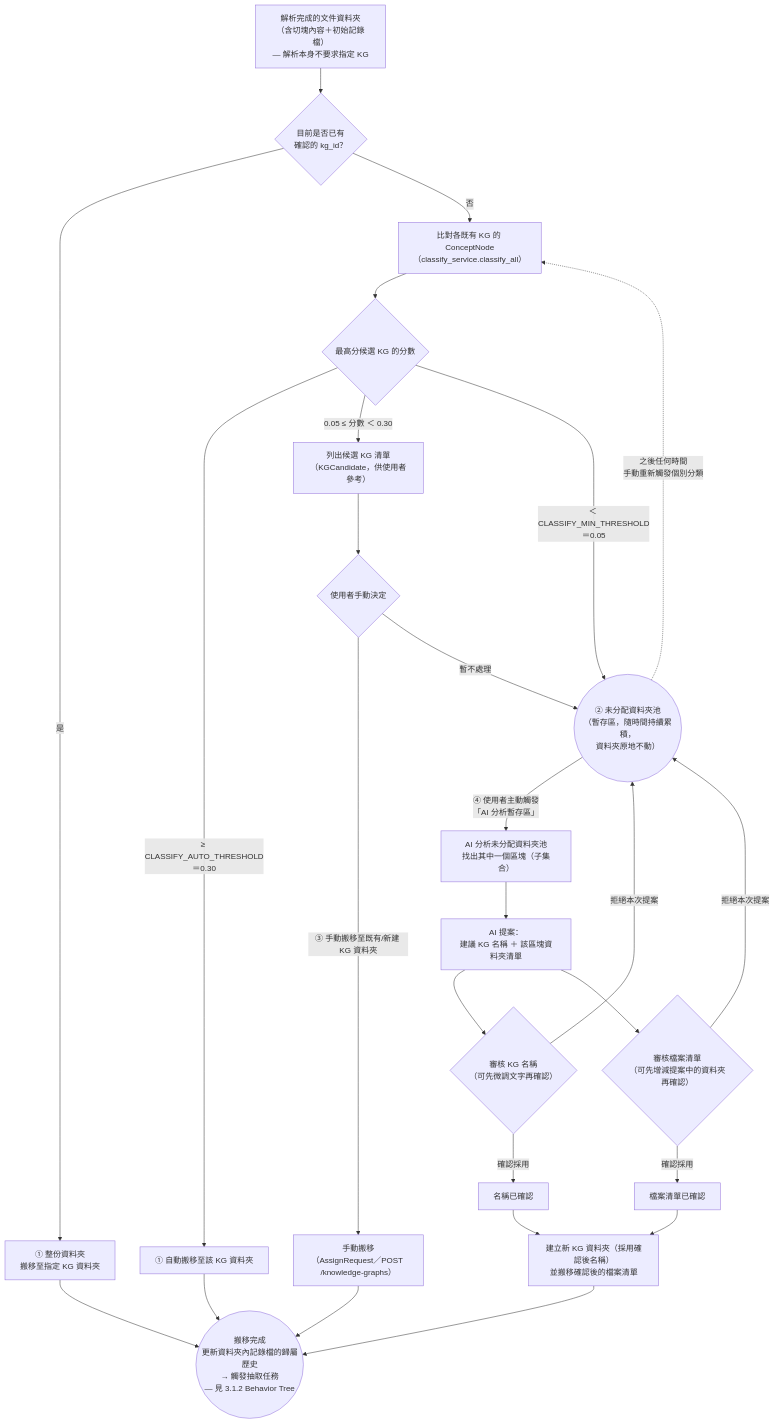
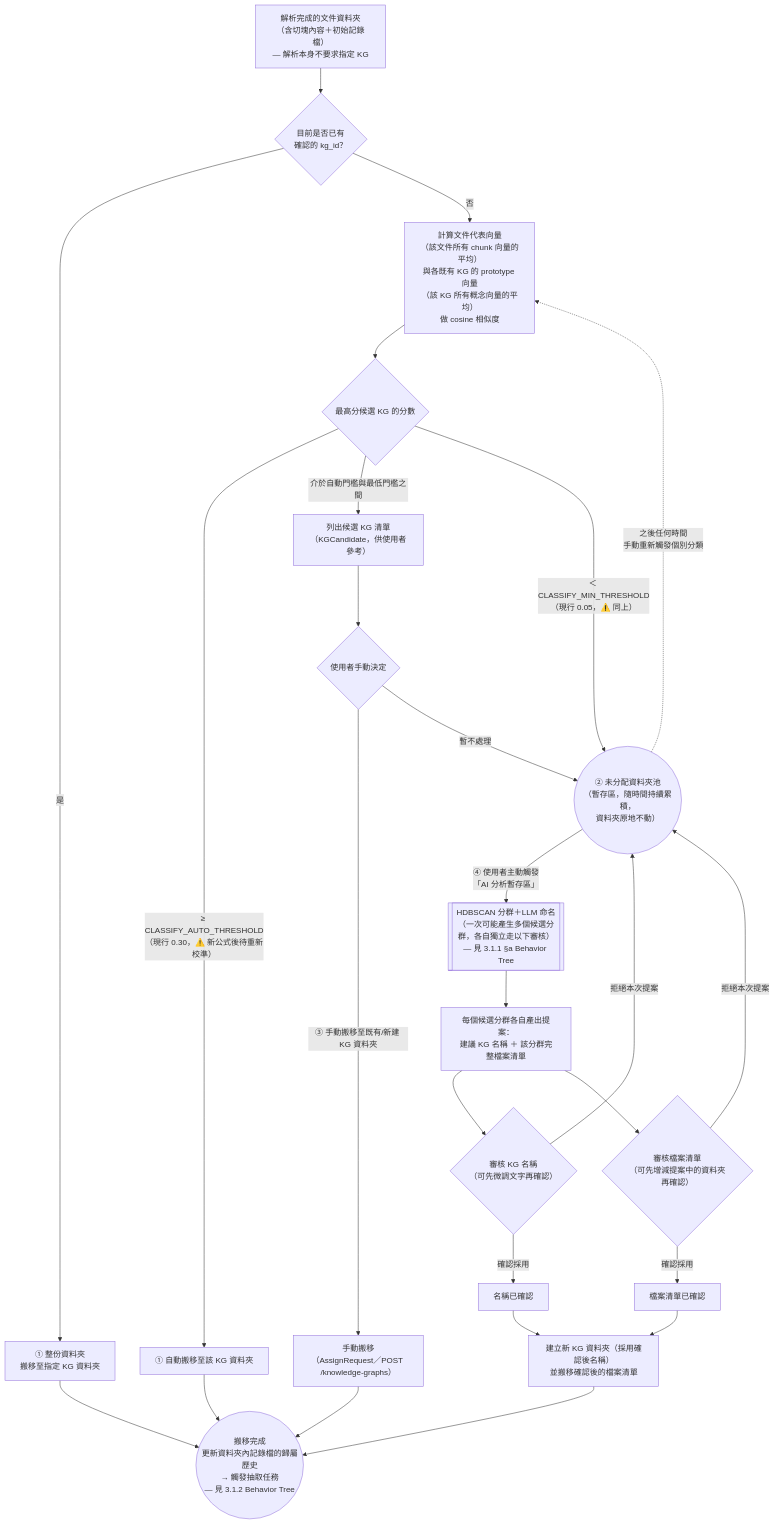
One commit to Chester930/world-knowledge-graph-rag changed the second of 9 diagrams in docs/論文/03_系統設計與方法論.md. Above: the diagram before and after it, drawn with Mermaid. The commit also changed other lines of this file, not shown here.

````diff
--- a/docs/論文/03_系統設計與方法論.md
+++ b/docs/論文/03_系統設計與方法論.md
@@ -60,38 +60,39 @@
 ```mermaid
 flowchart TD
     TEXT["解析完成的文件資料夾<br/>（含切塊內容＋初始記錄檔）<br/>— 解析本身不要求指定 KG"] --> HASKG{"目前是否已有<br/>確認的 kg_id？"}
 
     HASKG -->|是| FOLDER["① 整份資料夾<br/>搬移至指定 KG 資料夾"]
-    HASKG -->|否| CMP["比對各既有 KG 的 ConceptNode<br/>（classify_service.classify_all）"]
+    HASKG -->|否| CMP["計算文件代表向量<br/>（該文件所有 chunk 向量的平均）<br/>與各既有 KG 的 prototype 向量<br/>（該 KG 所有概念向量的平均）<br/>做 cosine 相似度"]
 
     CMP --> SCORE2{"最高分候選 KG 的分數"}
-    SCORE2 -->|"≥ CLASSIFY_AUTO_THRESHOLD＝0.30"| AUTO["① 自動搬移至該 KG 資料夾"]
-    SCORE2 -->|"0.05 ≤ 分數 ＜ 0.30"| SUGGEST["列出候選 KG 清單<br/>（KGCandidate，供使用者參考）"]
-    SCORE2 -->|"＜ CLASSIFY_MIN_THRESHOLD＝0.05"| POOL
+    SCORE2 -->|"≥ CLASSIFY_AUTO_THRESHOLD<br/>（現行 0.30，⚠️ 新公式後待重新校準）"| AUTO["① 自動搬移至該 KG 資料夾"]
+    SCORE2 -->|"介於自動門檻與最低門檻之間"| SUGGEST["列出候選 KG 清單<br/>（KGCandidate，供使用者參考）"]
+    SCORE2 -->|"＜ CLASSIFY_MIN_THRESHOLD<br/>（現行 0.05，⚠️ 同上）"| POOL
 
     SUGGEST --> MANUAL{"使用者手動決定"}
     MANUAL -->|"③ 手動搬移至既有/新建 KG 資料夾"| FOLDER2["手動搬移<br/>（AssignRequest／POST /knowledge-graphs）"]
     MANUAL -->|"暫不處理"| POOL
 
     POOL(("② 未分配資料夾池<br/>（暫存區，隨時間持續累積，<br/>資料夾原地不動）"))
     POOL -.->|"之後任何時間<br/>手動重新觸發個別分類"| CMP
 
-    POOL -->|"④ 使用者主動觸發<br/>「AI 分析暫存區」"| AICLUSTER["AI 分析未分配資料夾池<br/>找出其中一個區塊（子集合）"]
-    AICLUSTER --> PROPOSAL["AI 提案：<br/>建議 KG 名稱 ＋ 該區塊資料夾清單"]
+    POOL -->|"④ 使用者主動觸發<br/>「AI 分析暫存區」"| AICLUSTER
+    AICLUSTER[["HDBSCAN 分群＋LLM 命名<br/>（一次可能產生多個候選分群，各自獨立走以下審核）<br/>— 見 3.1.1 §a Behavior Tree"]]
+    AICLUSTER --> PROPOSAL["每個候選分群各自產出提案：<br/>建議 KG 名稱 ＋ 該分群完整檔案清單"]
     PROPOSAL --> REVIEWNAME{"審核 KG 名稱<br/>（可先微調文字再確認）"}
     PROPOSAL --> REVIEWFILES{"審核檔案清單<br/>（可先增減提案中的資料夾再確認）"}
     REVIEWNAME -->|確認採用| NAMEOK["名稱已確認"]
     REVIEWNAME -->|拒絕本次提案| POOL
     REVIEWFILES -->|確認採用| FILESOK["檔案清單已確認"]
     REVIEWFILES -->|拒絕本次提案| POOL
     NAMEOK --> NEWKG3
     FILESOK --> NEWKG3
     NEWKG3["建立新 KG 資料夾（採用確認後名稱）<br/>並搬移確認後的檔案清單"]
 
     FOLDER --> RECORD
     AUTO --> RECORD
     FOLDER2 --> RECORD
     NEWKG3 --> RECORD
 
     RECORD(("搬移完成<br/>更新資料夾內記錄檔的歸屬歷史<br/>→ 觸發抽取任務<br/>— 見 3.1.2 Behavior Tree"))
 ```
````
